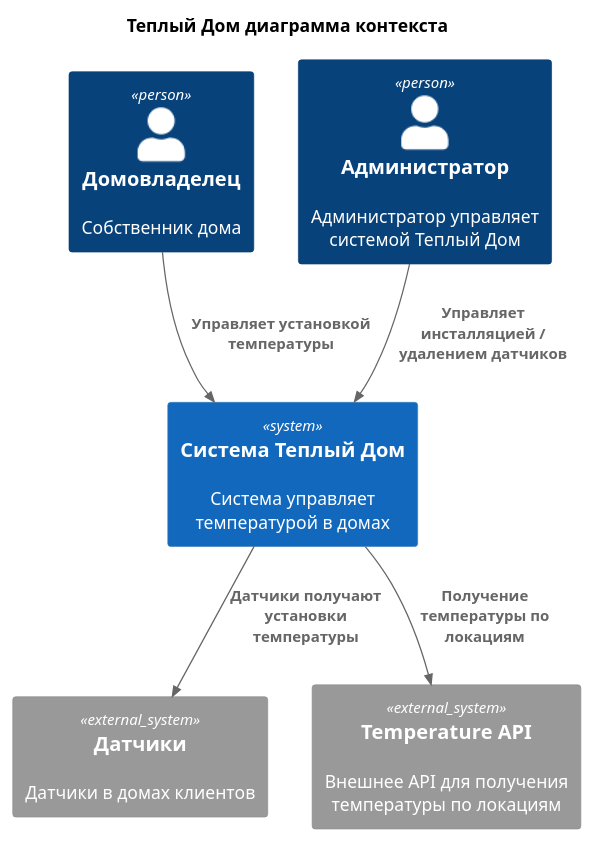
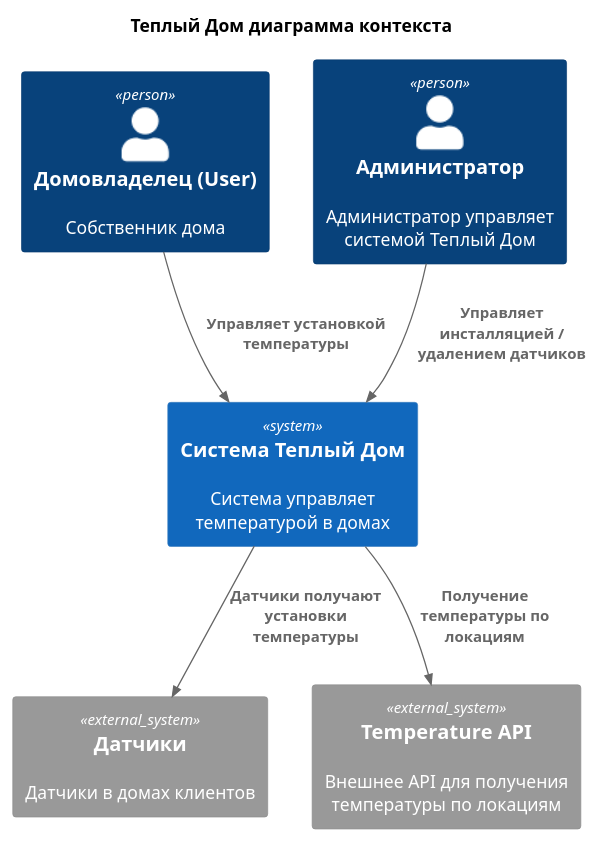
Before and after one commit to alex1056/architecture-warmhouse: the diagram in monolithpuml/Task_1_5_Context.puml, drawn with PlantUML. The commit also changed 4 other files, not shown here.

Commit message:
Диаграмма контейнеров п. 2_3

```diff
--- a/monolithpuml/Task_1_5_Context.puml
+++ b/monolithpuml/Task_1_5_Context.puml
@@ -1,20 +1,20 @@
 @startuml
 title Теплый Дом диаграмма контекста
 
 top to bottom direction
 
 !includeurl https://raw.githubusercontent.com/RicardoNiepel/C4-PlantUML/master/C4_Component.puml
 
-Person(user, "Домовладелец", "Собственник дома")
+Person(user, "Домовладелец (User)", "Собственник дома")
 Person(admin, "Администратор", "Администратор управляет системой Теплый Дом")
 System(WarmHouseAPI, "Система Теплый Дом", "Система управляет температурой в домах")
 
 System_Ext(sensors, "Датчики", "Датчики в домах клиентов")
 System_Ext(temperatureApi, "Temperature API", "Внешнее API для получения температуры по локациям")
 
 Rel(user,WarmHouseAPI,"Управляет установкой температуры")
 Rel(admin,WarmHouseAPI,"Управляет инсталляцией / удалением датчиков")
 Rel(WarmHouseAPI,temperatureApi,"Получение температуры по локациям")
 Rel(WarmHouseAPI,sensors,"Датчики получают установки температуры")
 
 @enduml
```
